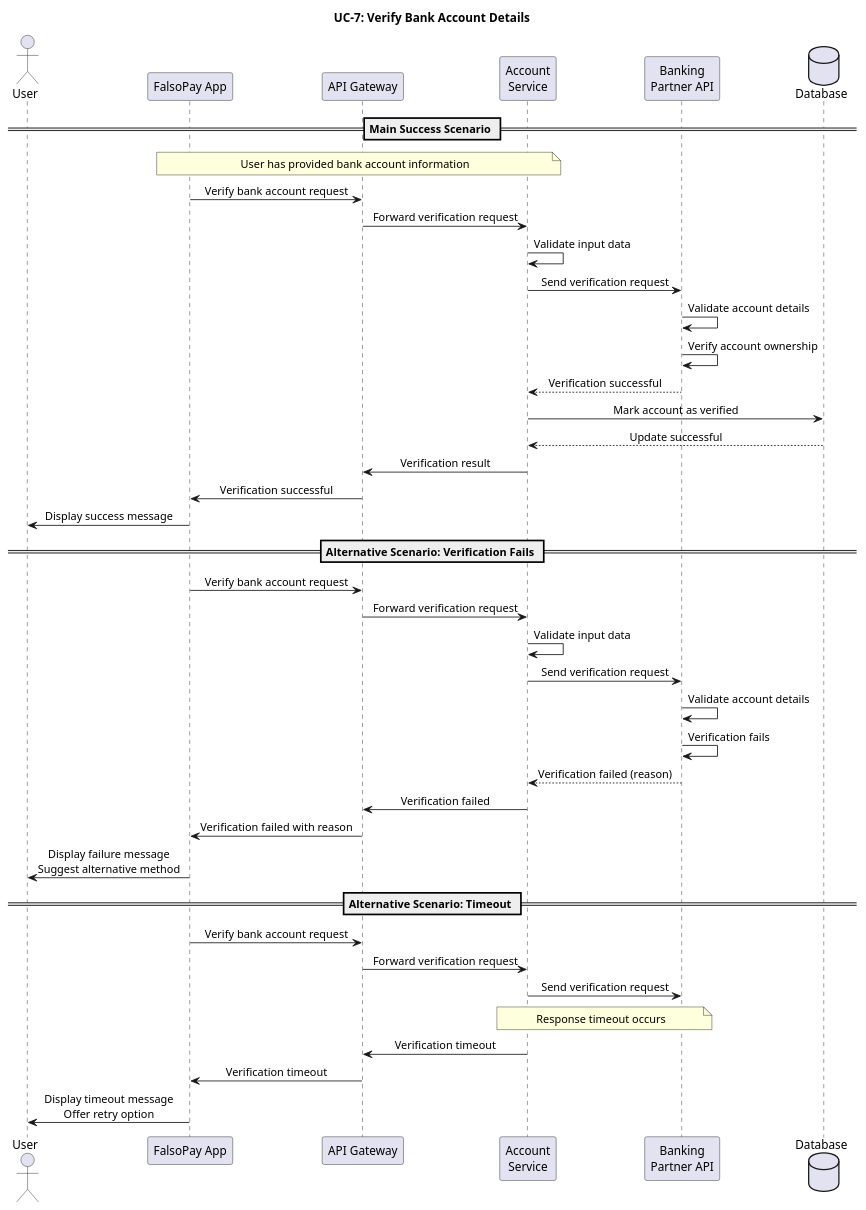
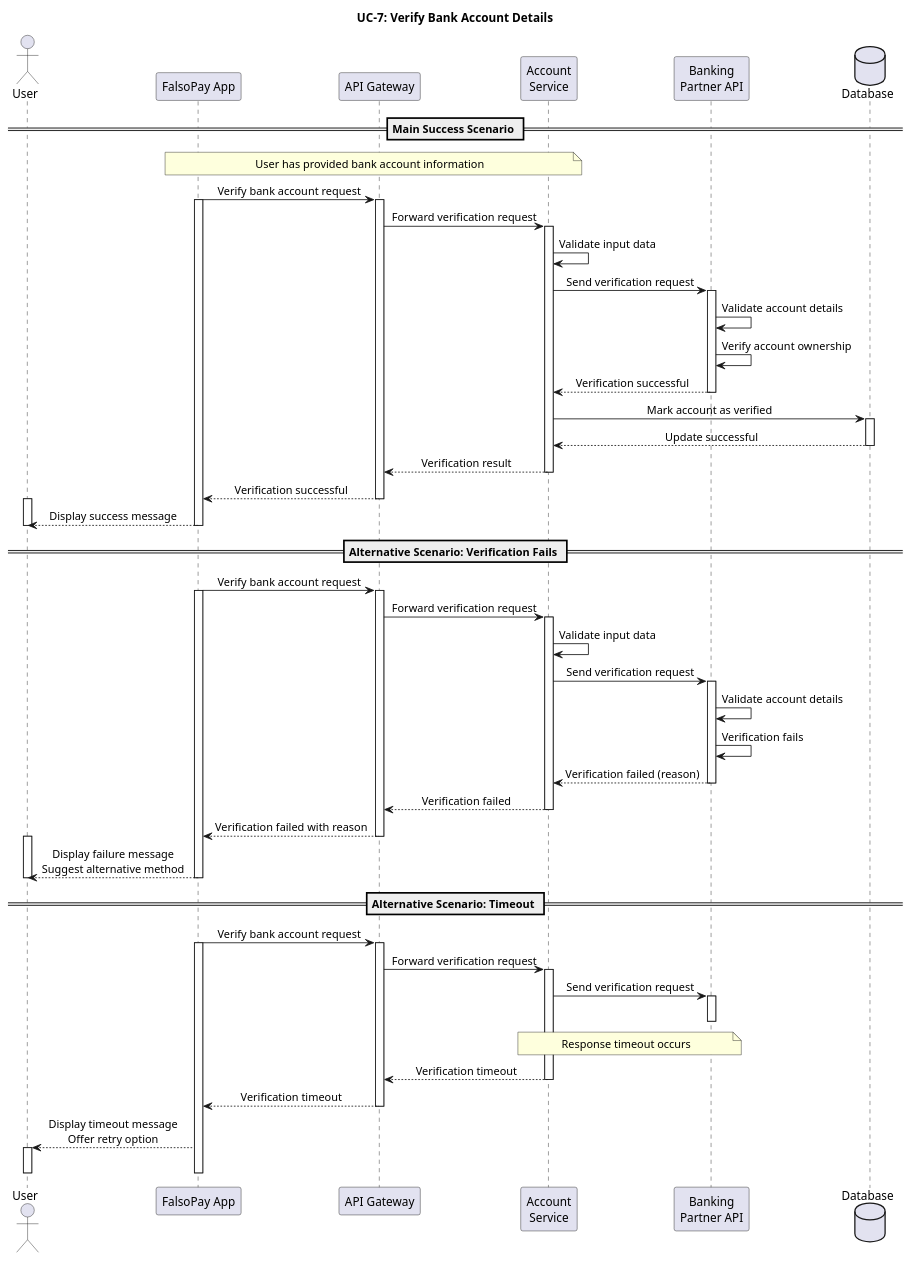
Before and after one commit to Adhamzineldin/Falsopay: the diagram in docs/design/sequence-diagrams/UC7-VerifyBankAccountDetails.puml, drawn with PlantUML. The commit also changed 8 other files, not shown here.

```diff
--- a/docs/design/sequence-diagrams/UC7-VerifyBankAccountDetails.puml
+++ b/docs/design/sequence-diagrams/UC7-VerifyBankAccountDetails.puml
@@ -1,62 +1,94 @@
 @startuml UC7-VerifyBankAccountDetails
 
 skinparam sequenceMessageAlign center
 skinparam backgroundColor white
 skinparam handwritten false
 
 title "UC-7: Verify Bank Account Details"
 
 actor "User" as user
 participant "FalsoPay App" as app
 participant "API Gateway" as gateway
 participant "Account\nService" as accountService
 participant "Banking\nPartner API" as bankingAPI
 database "Database" as db
 
 == Main Success Scenario ==
 
 note over app, accountService: User has provided bank account information
 
 app -> gateway: Verify bank account request
+activate app
+activate gateway
 gateway -> accountService: Forward verification request
+activate accountService
 accountService -> accountService: Validate input data
 accountService -> bankingAPI: Send verification request
+activate bankingAPI
 
 bankingAPI -> bankingAPI: Validate account details
 bankingAPI -> bankingAPI: Verify account ownership
 bankingAPI --> accountService: Verification successful
+deactivate bankingAPI
 
 accountService -> db: Mark account as verified
+activate db
 db --> accountService: Update successful
-accountService -> gateway: Verification result
-gateway -> app: Verification successful
-app -> user: Display success message
+deactivate db
+accountService --> gateway: Verification result
+deactivate accountService
+gateway --> app: Verification successful
+deactivate gateway
+activate user
+app --> user: Display success message
+deactivate app
+deactivate user
 
 == Alternative Scenario: Verification Fails ==
 
 app -> gateway: Verify bank account request
+activate app
+activate gateway
 gateway -> accountService: Forward verification request
+activate accountService
 accountService -> accountService: Validate input data
 accountService -> bankingAPI: Send verification request
+activate bankingAPI
 
 bankingAPI -> bankingAPI: Validate account details
 bankingAPI -> bankingAPI: Verification fails
 bankingAPI --> accountService: Verification failed (reason)
+deactivate bankingAPI
 
-accountService -> gateway: Verification failed
-gateway -> app: Verification failed with reason
-app -> user: Display failure message\nSuggest alternative method
+accountService --> gateway: Verification failed
+deactivate accountService
+gateway --> app: Verification failed with reason
+deactivate gateway
+activate user
+app --> user: Display failure message\nSuggest alternative method
+deactivate user
+deactivate app
 
 == Alternative Scenario: Timeout ==
 
 app -> gateway: Verify bank account request
+activate app
+activate gateway
 gateway -> accountService: Forward verification request
+activate accountService
 accountService -> bankingAPI: Send verification request
+activate bankingAPI
 
 note over accountService, bankingAPI: Response timeout occurs
 
-accountService -> gateway: Verification timeout
-gateway -> app: Verification timeout
-app -> user: Display timeout message\nOffer retry option
+deactivate bankingAPI
+accountService --> gateway: Verification timeout
+deactivate accountService
+gateway --> app: Verification timeout
+deactivate gateway
+app --> user: Display timeout message\nOffer retry option
+activate user
+deactivate user
+deactivate app
 
-@enduml 
+@enduml
```
